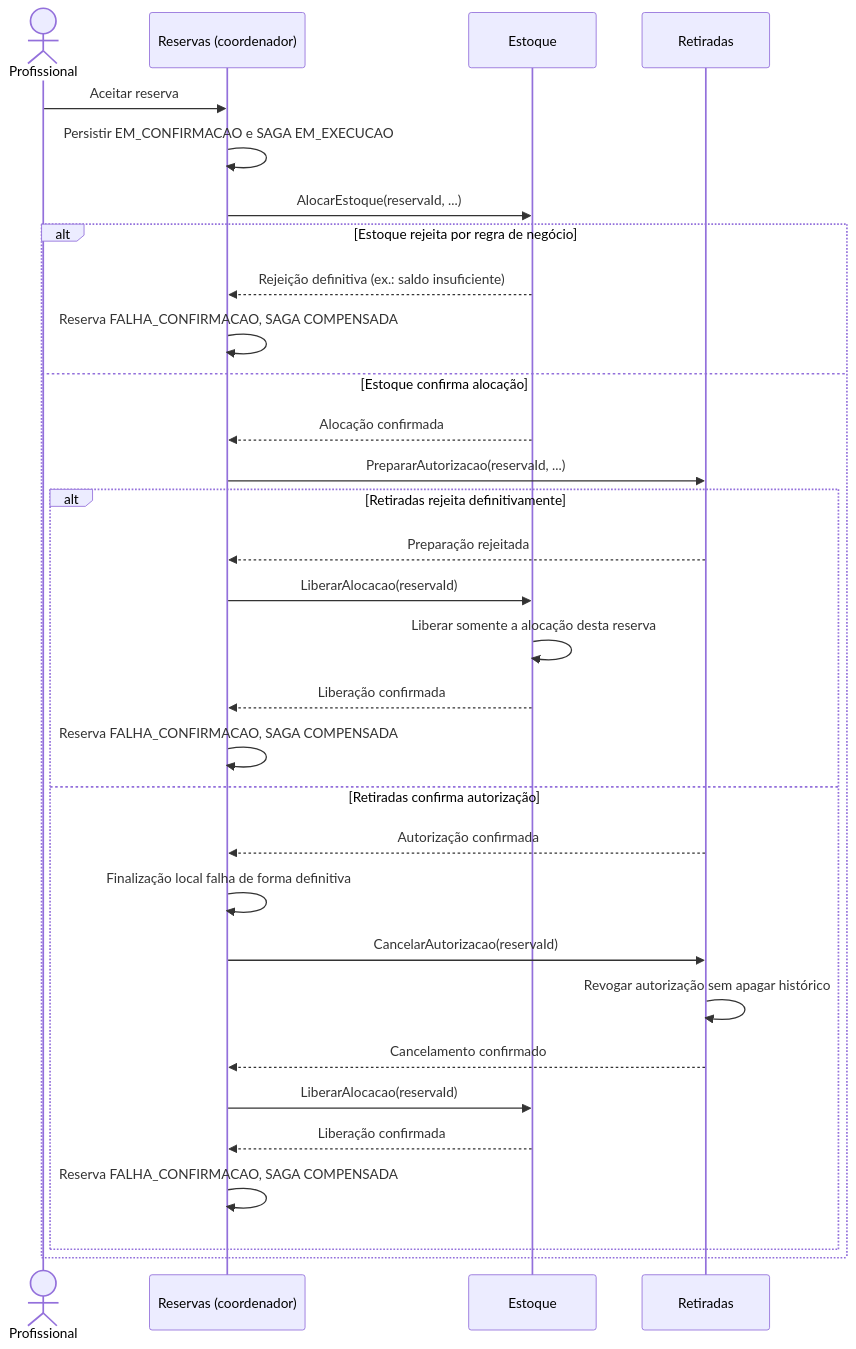
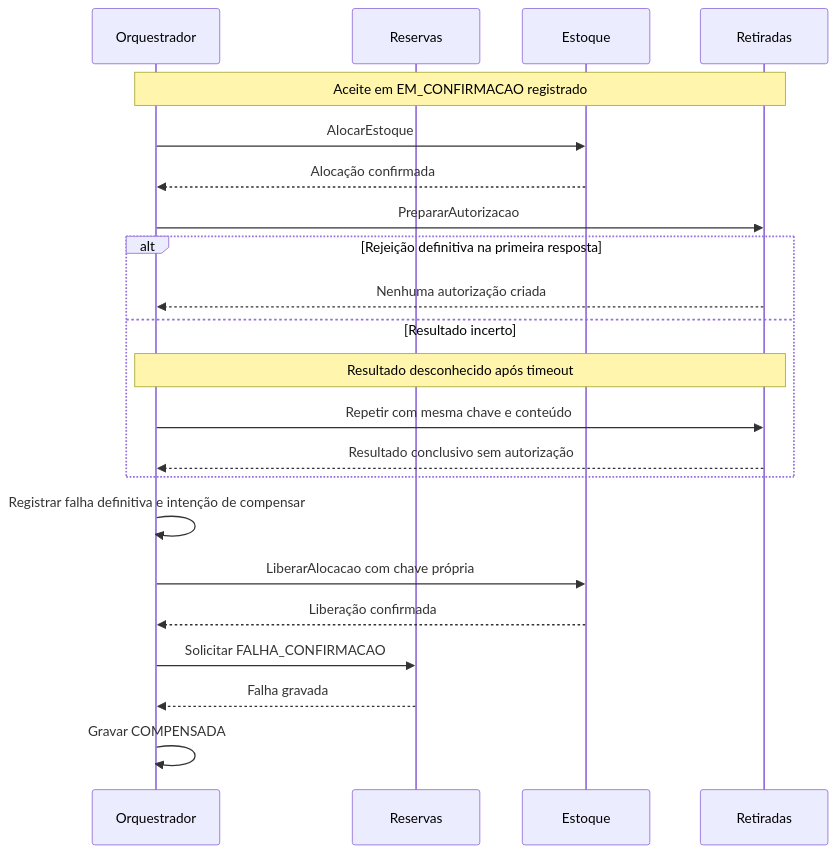
The diagram in docs/parte-2/diagramas/saga-falha.md (ArthurDp78/GlicoAcesso), drawn with Mermaid before and after one commit. The commit also changed other lines of this file and 8 other files, not shown here.

````diff
--- a/docs/parte-2/diagramas/saga-falha.md
+++ b/docs/parte-2/diagramas/saga-falha.md
@@ -7,34 +7,24 @@
 ```mermaid
 sequenceDiagram
-    actor Profissional
-    participant R as Reservas (coordenador)
+    participant O as Orquestrador
+    participant R as Reservas
     participant E as Estoque
     participant T as Retiradas
-
-    Profissional->>R: Aceitar reserva
-    R->>R: Persistir EM_CONFIRMACAO e SAGA EM_EXECUCAO
-    R->>E: AlocarEstoque(reservaId, ...)
-    alt Estoque rejeita por regra de negócio
-        E-->>R: Rejeição definitiva (ex.: saldo insuficiente)
-        R->>R: Reserva FALHA_CONFIRMACAO, SAGA COMPENSADA
-    else Estoque confirma alocação
-        E-->>R: Alocação confirmada
-        R->>T: PrepararAutorizacao(reservaId, ...)
-        alt Retiradas rejeita definitivamente
-            T-->>R: Preparação rejeitada
-            R->>E: LiberarAlocacao(reservaId)
-            E->>E: Liberar somente a alocação desta reserva
-            E-->>R: Liberação confirmada
-            R->>R: Reserva FALHA_CONFIRMACAO, SAGA COMPENSADA
-        else Retiradas confirma autorização
-            T-->>R: Autorização confirmada
-            R->>R: Finalização local falha de forma definitiva
-            R->>T: CancelarAutorizacao(reservaId)
-            T->>T: Revogar autorização sem apagar histórico
-            T-->>R: Cancelamento confirmado
-            R->>E: LiberarAlocacao(reservaId)
-            E-->>R: Liberação confirmada
-            R->>R: Reserva FALHA_CONFIRMACAO, SAGA COMPENSADA
-        end
+    Note over O,T: Aceite em EM_CONFIRMACAO registrado
+    O->>E: AlocarEstoque
+    E-->>O: Alocação confirmada
+    O->>T: PrepararAutorizacao
+    alt Rejeição definitiva na primeira resposta
+        T-->>O: Nenhuma autorização criada
+    else Resultado incerto
+        Note over O,T: Resultado desconhecido após timeout
+        O->>T: Repetir com mesma chave e conteúdo
+        T-->>O: Resultado conclusivo sem autorização
     end
+    O->>O: Registrar falha definitiva e intenção de compensar
+    O->>E: LiberarAlocacao com chave própria
+    E-->>O: Liberação confirmada
+    O->>R: Solicitar FALHA_CONFIRMACAO
+    R-->>O: Falha gravada
+    O->>O: Gravar COMPENSADA
 ```
````
